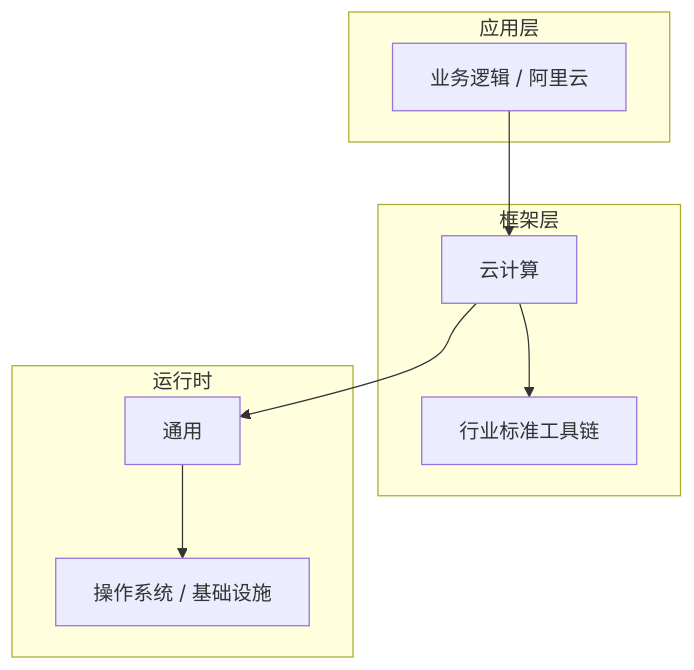
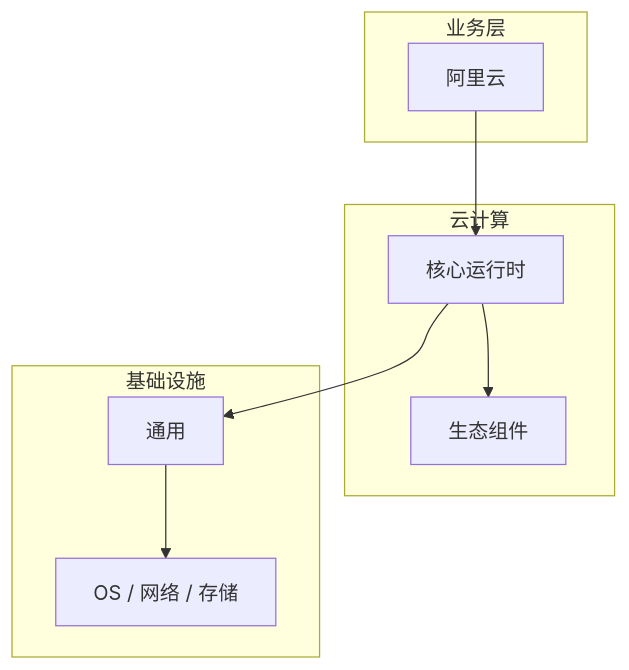
Before and after one commit to yanggan2015/knowledge-json-v2: the diagram in articles/云计算/chapters/036-阿里云核心概念与原理.md, drawn with Mermaid. The commit also changed other lines of this file and 10127 other files, not shown here.

````diff
--- a/articles/云计算/chapters/036-阿里云核心概念与原理.md
+++ b/articles/云计算/chapters/036-阿里云核心概念与原理.md
@@ -45,18 +34,18 @@
 ```mermaid
 graph TB
-    subgraph 应用层
-        A[业务逻辑 / 阿里云]
+    subgraph 业务层
+        A[阿里云]
     end
-    subgraph 框架层
-        B[云计算]
-        C[行业标准工具链]
+    subgraph 云计算
+        B[核心运行时]
+        C[生态组件]
     end
-    subgraph 运行时
+    subgraph 基础设施
         D[通用]
-        E[操作系统 / 基础设施]
+        E[OS / 网络 / 存储]
     end
     A --> B
     B --> C
     B --> D
     D --> E
 ```
````
